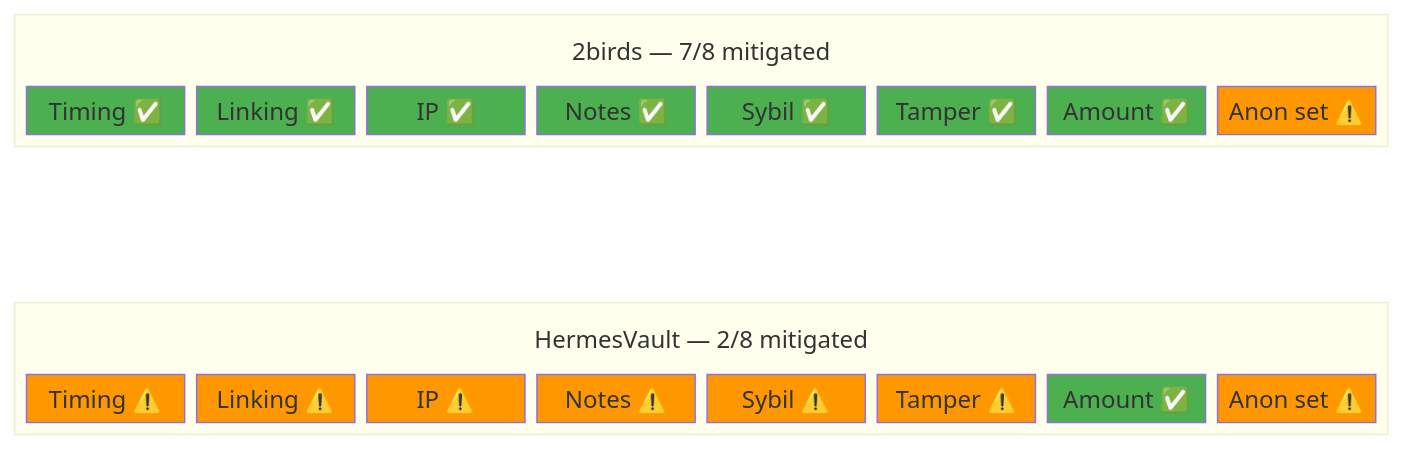
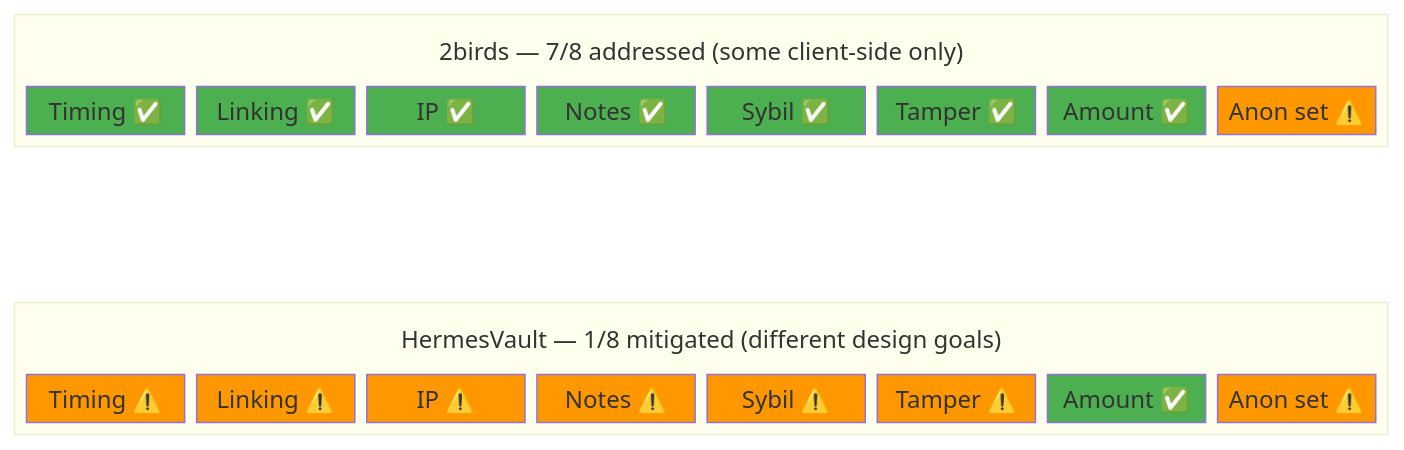
One commit to mitchhall16/2birds-open changed the fourth of 4 diagrams in README.md. Above: the diagram before and after it, drawn with Mermaid. The commit also changed other lines of this file and 18 other files, not shown here.

````diff
--- a/README.md
+++ b/README.md
@@ -266,35 +284,35 @@
 ```mermaid
 block-beta
     columns 8
     space:8
     block:2birds:8
         columns 8
-        t0["2birds — 7/8 mitigated"]:8
+        t0["2birds — 7/8 addressed (some client-side only)"]:8
         T1["Timing ✅"] T2["Linking ✅"] T3["IP ✅"] T4["Notes ✅"] T5["Sybil ✅"] T6["Tamper ✅"] T7["Amount ✅"] T8["Anon set ⚠️"]
     end
     space:8
     block:hermes:8
         columns 8
-        h0["HermesVault — 2/8 mitigated"]:8
+        h0["HermesVault — 1/8 mitigated (different design goals)"]:8
         H1["Timing ⚠️"] H2["Linking ⚠️"] H3["IP ⚠️"] H4["Notes ⚠️"] H5["Sybil ⚠️"] H6["Tamper ⚠️"] H7["Amount ✅"] H8["Anon set ⚠️"]
     end
 
     style T1 fill:#4CAF50,color:#fff
     style T2 fill:#4CAF50,color:#fff
     style T3 fill:#4CAF50,color:#fff
     style T4 fill:#4CAF50,color:#fff
     style T5 fill:#4CAF50,color:#fff
     style T6 fill:#4CAF50,color:#fff
     style T7 fill:#4CAF50,color:#fff
     style T8 fill:#FF9800,color:#fff
     style H1 fill:#FF9800,color:#fff
     style H2 fill:#FF9800,color:#fff
     style H3 fill:#FF9800,color:#fff
     style H4 fill:#FF9800,color:#fff
     style H5 fill:#FF9800,color:#fff
     style H6 fill:#FF9800,color:#fff
     style H7 fill:#4CAF50,color:#fff
     style H8 fill:#FF9800,color:#fff
     style t0 fill:none,stroke:none,color:#fff
     style h0 fill:none,stroke:none,color:#fff
 ```
````
